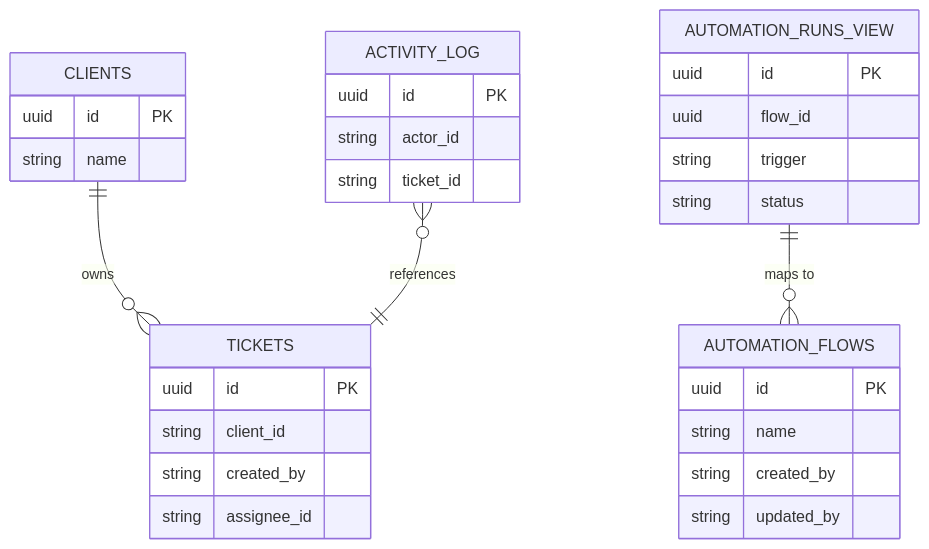
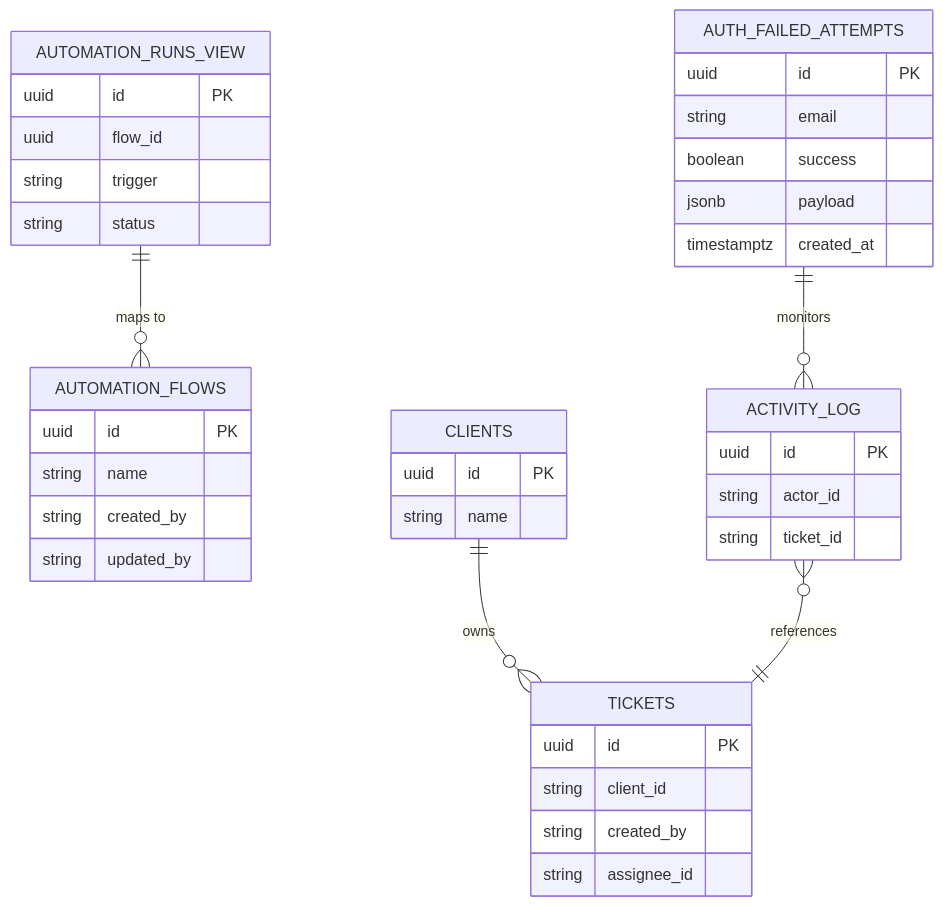
Before and after one commit to gastaldellomarco/pcReady: the sixth of 9 diagrams in .qoder/repowiki/en/content/Domain Model and Database Schema/Security and Access Control.md, drawn with Mermaid. The commit also changed other lines of this file and 15 other files, not shown here.

````diff
--- a/.qoder/repowiki/en/content/Domain Model and Database Schema/Security and Access Control.md
+++ b/.qoder/repowiki/en/content/Domain Model and Database Schema/Security and Access Control.md
@@ -233,33 +267,41 @@
 ```mermaid
 erDiagram
 AUTOMATION_FLOWS {
 uuid id PK
 string name
 string created_by
 string updated_by
 }
 TICKETS {
 uuid id PK
 string client_id
 string created_by
 string assignee_id
 }
 CLIENTS {
 uuid id PK
 string name
 }
 ACTIVITY_LOG {
 uuid id PK
 string actor_id
 string ticket_id
 }
+AUTH_FAILED_ATTEMPTS {
+uuid id PK
+string email
+boolean success
+jsonb payload
+timestamptz created_at
+}
 AUTOMATION_RUNS_VIEW {
 uuid id PK
 uuid flow_id
 string trigger
 string status
 }
 CLIENTS ||--o{ TICKETS : "owns"
 ACTIVITY_LOG }o--|| TICKETS : "references"
 AUTOMATION_RUNS_VIEW ||--o{ AUTOMATION_FLOWS : "maps to"
+AUTH_FAILED_ATTEMPTS ||--o{ ACTIVITY_LOG : "monitors"
 ```
````
